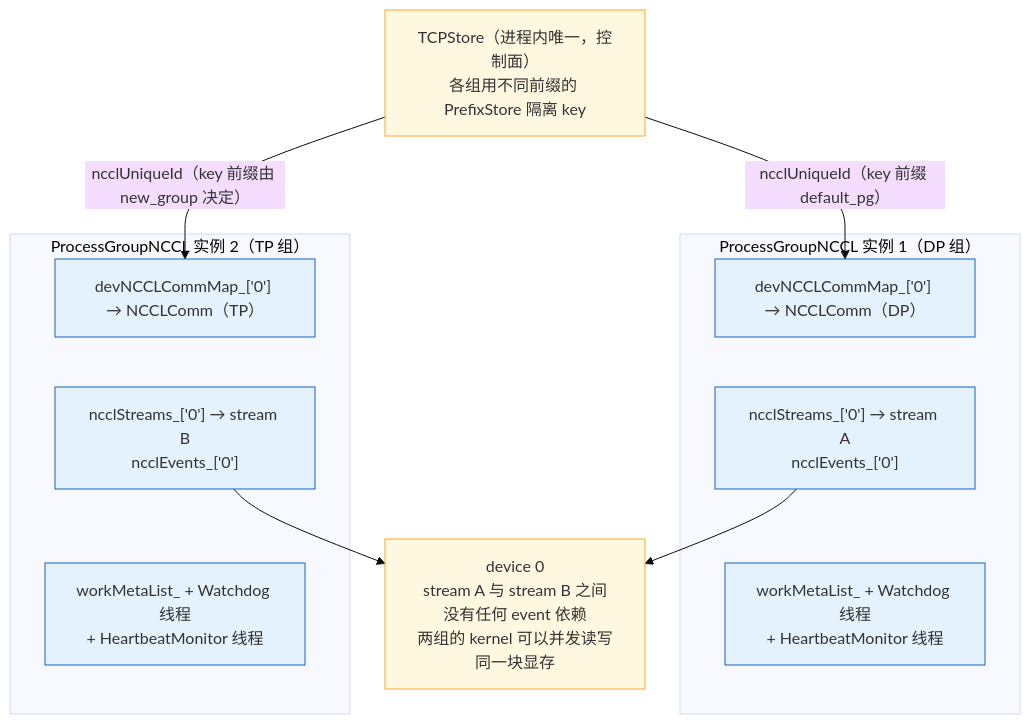
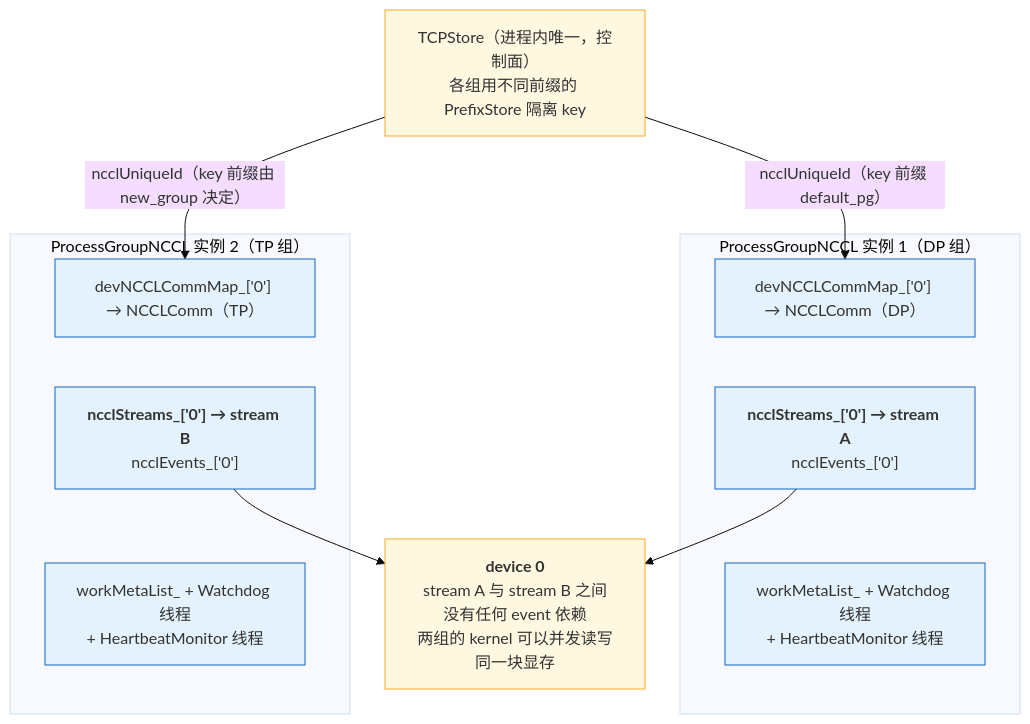
One commit to arganzheng/arganzheng.github.com changed the second of 4 diagrams in _posts/2026-06-17-pytorch-communication-stack-processgroupnccl-and-streams.md. Above: the diagram before and after it, drawn with Mermaid (base theme). The commit also changed other lines of this file and 6 other files, not shown here.

First line of the commit message:
通信与互联：从 NCCL 到 RDMA：Mermaid 多行方框的首行标为标题（7 篇）

````diff
--- a/_posts/2026-06-17-pytorch-communication-stack-processgroupnccl-and-streams.md
+++ b/_posts/2026-06-17-pytorch-communication-stack-processgroupnccl-and-streams.md
@@ -244,26 +244,26 @@
 ```mermaid
 %% 图：同一进程里两个 ProcessGroupNCCL 实例：TCPStore 共享，communicator、stream、event、workMetaList_ 与两条边线程每组一份
 flowchart TB
     Store["TCPStore（进程内唯一，控制面）<br/>各组用不同前缀的 PrefixStore 隔离 key"]
     subgraph pgdp["ProcessGroupNCCL 实例 1（DP 组）"]
         D1["devNCCLCommMap_#91;'0'#93; → NCCLComm（DP）"]
-        D2["ncclStreams_#91;'0'#93; → stream A<br/>ncclEvents_#91;'0'#93;"]
+        D2["<b>ncclStreams_#91;'0'#93; → stream A</b><br/>ncclEvents_#91;'0'#93;"]
         D3["workMetaList_ + Watchdog 线程<br/>+ HeartbeatMonitor 线程"]
     end
     subgraph pgtp["ProcessGroupNCCL 实例 2（TP 组）"]
         T1["devNCCLCommMap_#91;'0'#93; → NCCLComm（TP）"]
-        T2["ncclStreams_#91;'0'#93; → stream B<br/>ncclEvents_#91;'0'#93;"]
+        T2["<b>ncclStreams_#91;'0'#93; → stream B</b><br/>ncclEvents_#91;'0'#93;"]
         T3["workMetaList_ + Watchdog 线程<br/>+ HeartbeatMonitor 线程"]
     end
-    GPU["device 0<br/>stream A 与 stream B 之间没有任何 event 依赖<br/>两组的 kernel 可以并发读写同一块显存"]
+    GPU["<b>device 0</b><br/>stream A 与 stream B 之间没有任何 event 依赖<br/>两组的 kernel 可以并发读写同一块显存"]
     Store -->|"ncclUniqueId（key 前缀 default_pg）"| D1
     Store -->|"ncclUniqueId（key 前缀由 new_group 决定）"| T1
     D1 ~~~ D2 ~~~ D3
     T1 ~~~ T2 ~~~ T3
     D2 --> GPU
     T2 --> GPU
     classDef shared fill:#fff8e1,stroke:#f9a825;
     classDef own fill:#e3f2fd,stroke:#1565c0;
     class Store,GPU shared;
     class D1,D2,D3,T1,T2,T3 own;
 ```
````
